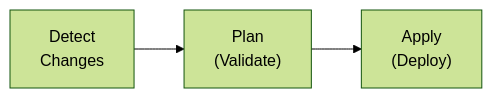
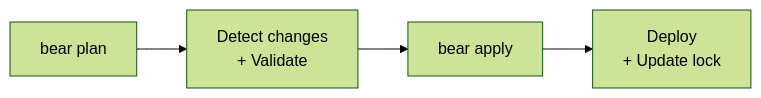
Before and after one commit to IRevolve/bear: the diagram in docs/index.md, drawn with Mermaid (forest theme). The commit also changed other lines of this file and 69 other files, not shown here.

````diff
--- a/docs/index.md
+++ b/docs/index.md
@@ -47,5 +7,6 @@
 ```mermaid
 flowchart LR
-    A["Detect\nChanges"] --> B["Plan\n(Validate)"]
-    B --> C["Apply\n(Deploy)"]
+    A["bear plan"] --> B["Detect changes\n+ Validate"]
+    B --> C["bear apply"]
+    C --> D["Deploy\n+ Update lock"]
 ```
````
